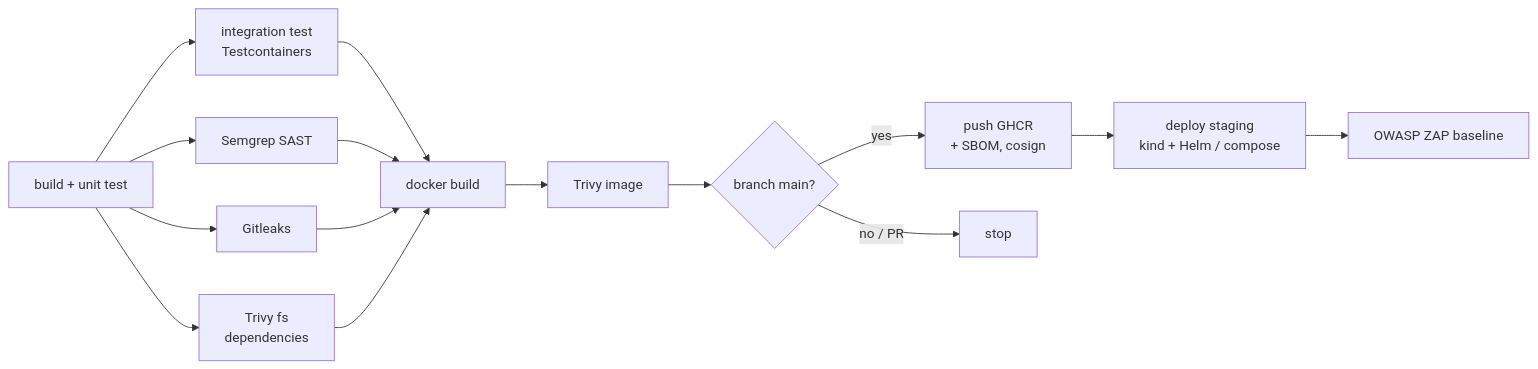
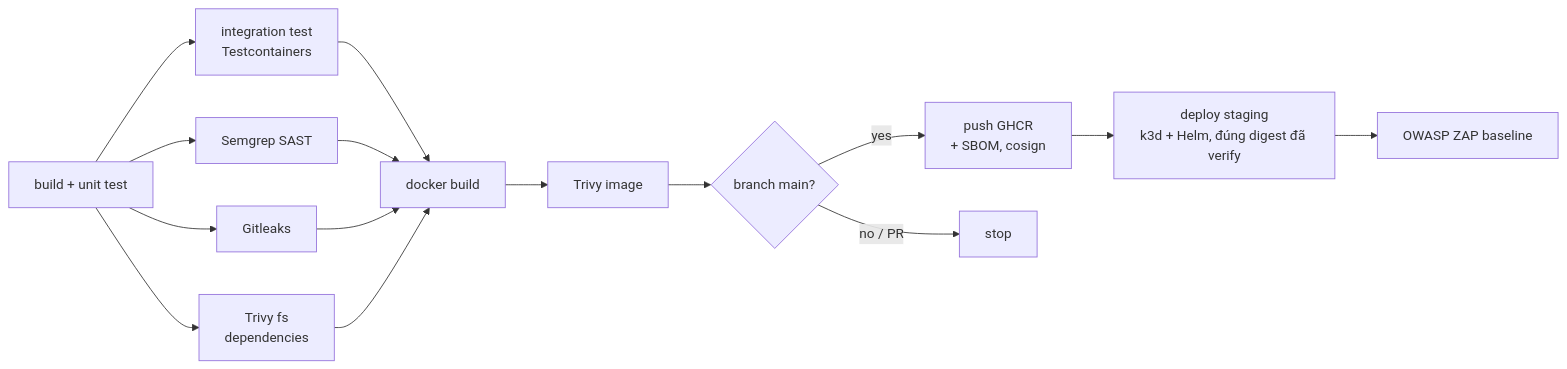
One commit to LukastGeorge/guardgate changed the sixth of 7 diagrams in docs/superpowers/specs/2026-11-27-guardgate-design.md. Above: the diagram before and after it, drawn with Mermaid. The commit also changed other lines of this file and 2 other files, not shown here.

````diff
--- a/docs/superpowers/specs/2026-11-27-guardgate-design.md
+++ b/docs/superpowers/specs/2026-11-27-guardgate-design.md
@@ -294,14 +294,14 @@
 ```mermaid
 flowchart LR
     A[build + unit test] --> B[integration test<br/>Testcontainers]
     A --> C[Semgrep SAST]
     A --> D[Gitleaks]
     A --> E[Trivy fs<br/>dependencies]
     B & C & D & E --> F[docker build]
     F --> G[Trivy image]
     G --> H{branch main?}
     H -- yes --> I[push GHCR<br/>+ SBOM, cosign]
-    I --> J[deploy staging<br/>kind + Helm / compose]
+    I --> J[deploy staging<br/>k3d + Helm, đúng digest đã verify]
     J --> K[OWASP ZAP baseline]
     H -- no / PR --> L[stop]
 ```
````
